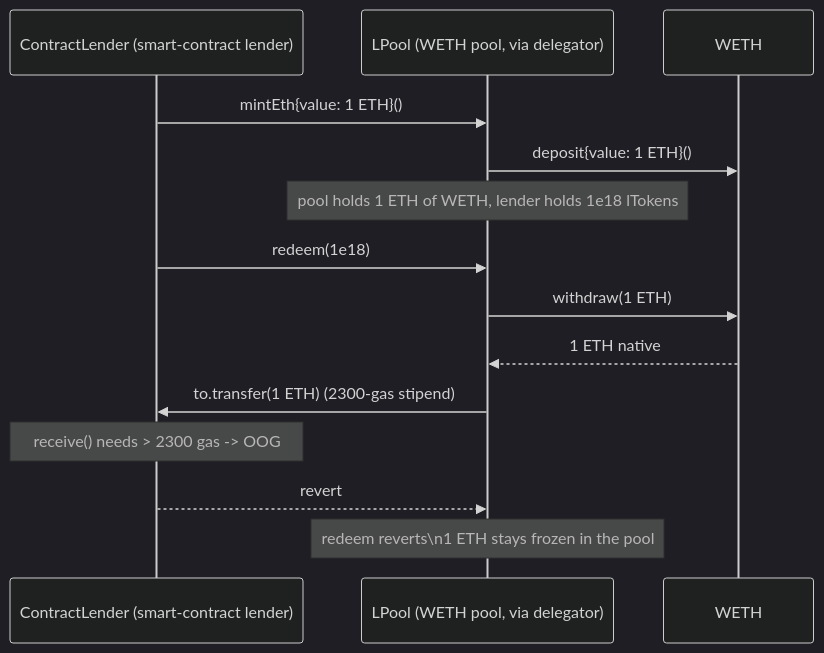
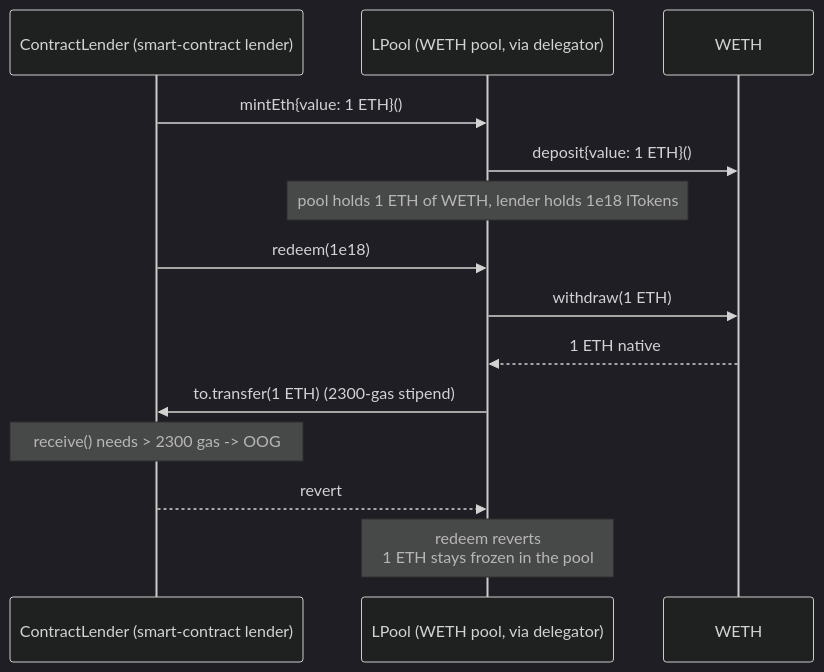
The diagram in 42441-h-01-openlevv1libs-and-lpools-dotransferout-functions-call-n_exp/42441-h-01-openlevv1libs-and-lpools-dotransferout-functions-call-n_exp.md (sanbir/evm-hack-registry), drawn with Mermaid (dark theme) before and after one commit. The commit also changed 23 other files, not shown here.

````diff
--- a/42441-h-01-openlevv1libs-and-lpools-dotransferout-functions-call-n_exp/42441-h-01-openlevv1libs-and-lpools-dotransferout-functions-call-n_exp.md
+++ b/42441-h-01-openlevv1libs-and-lpools-dotransferout-functions-call-n_exp/42441-h-01-openlevv1libs-and-lpools-dotransferout-functions-call-n_exp.md
@@ -51,16 +51,16 @@
 ```mermaid
 sequenceDiagram
     participant L as ContractLender (smart-contract lender)
     participant P as LPool (WETH pool, via delegator)
     participant W as WETH
     L->>P: mintEth{value: 1 ETH}()
     P->>W: deposit{value: 1 ETH}()
     Note over P: pool holds 1 ETH of WETH, lender holds 1e18 lTokens
     L->>P: redeem(1e18)
     P->>W: withdraw(1 ETH)
     W-->>P: 1 ETH native
     P->>L: to.transfer(1 ETH)  (2300-gas stipend)
     Note over L: receive() needs > 2300 gas -> OOG
     L-->>P: revert
-    Note over P: redeem reverts\n1 ETH stays frozen in the pool
+    Note over P: redeem reverts<br/>1 ETH stays frozen in the pool
 ```
````
